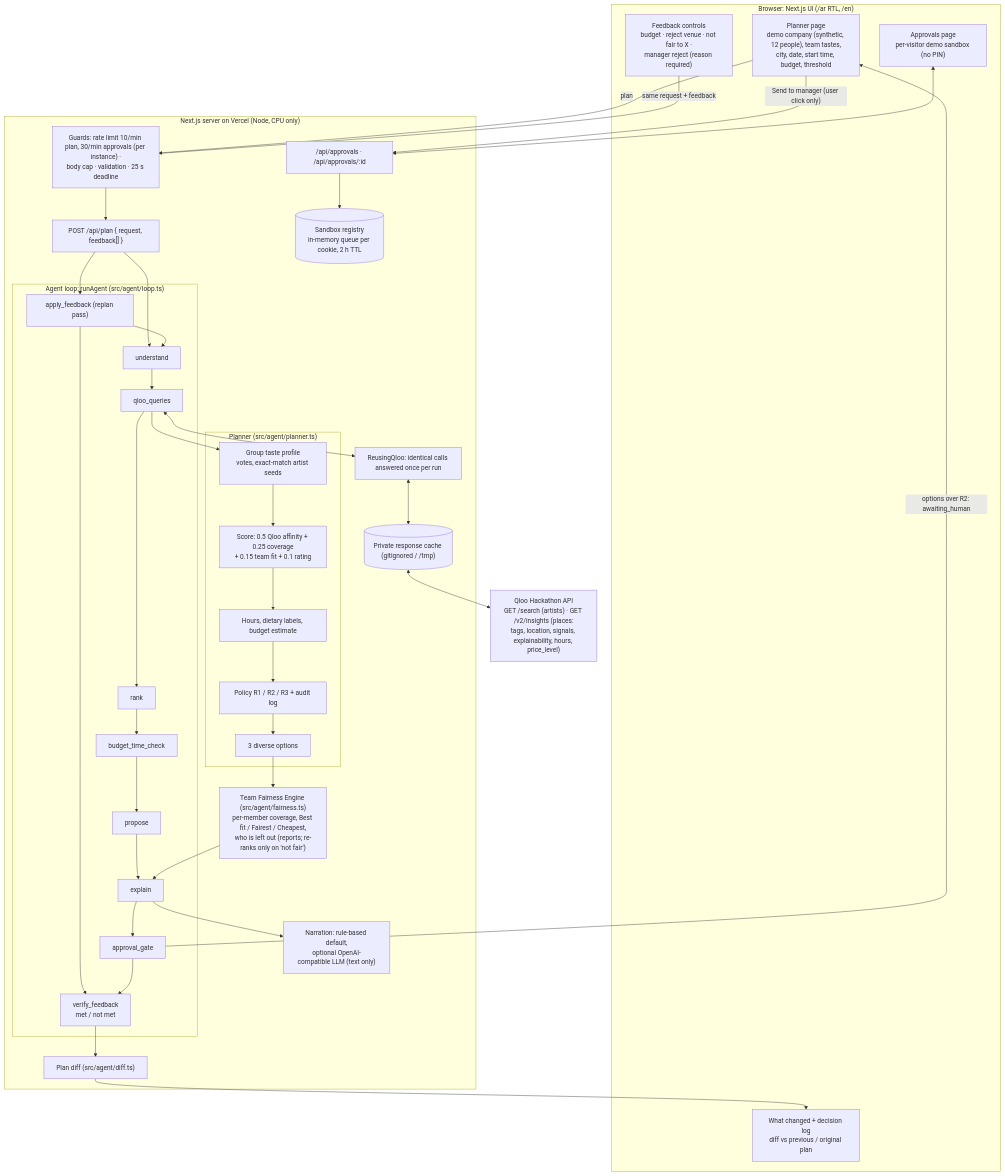
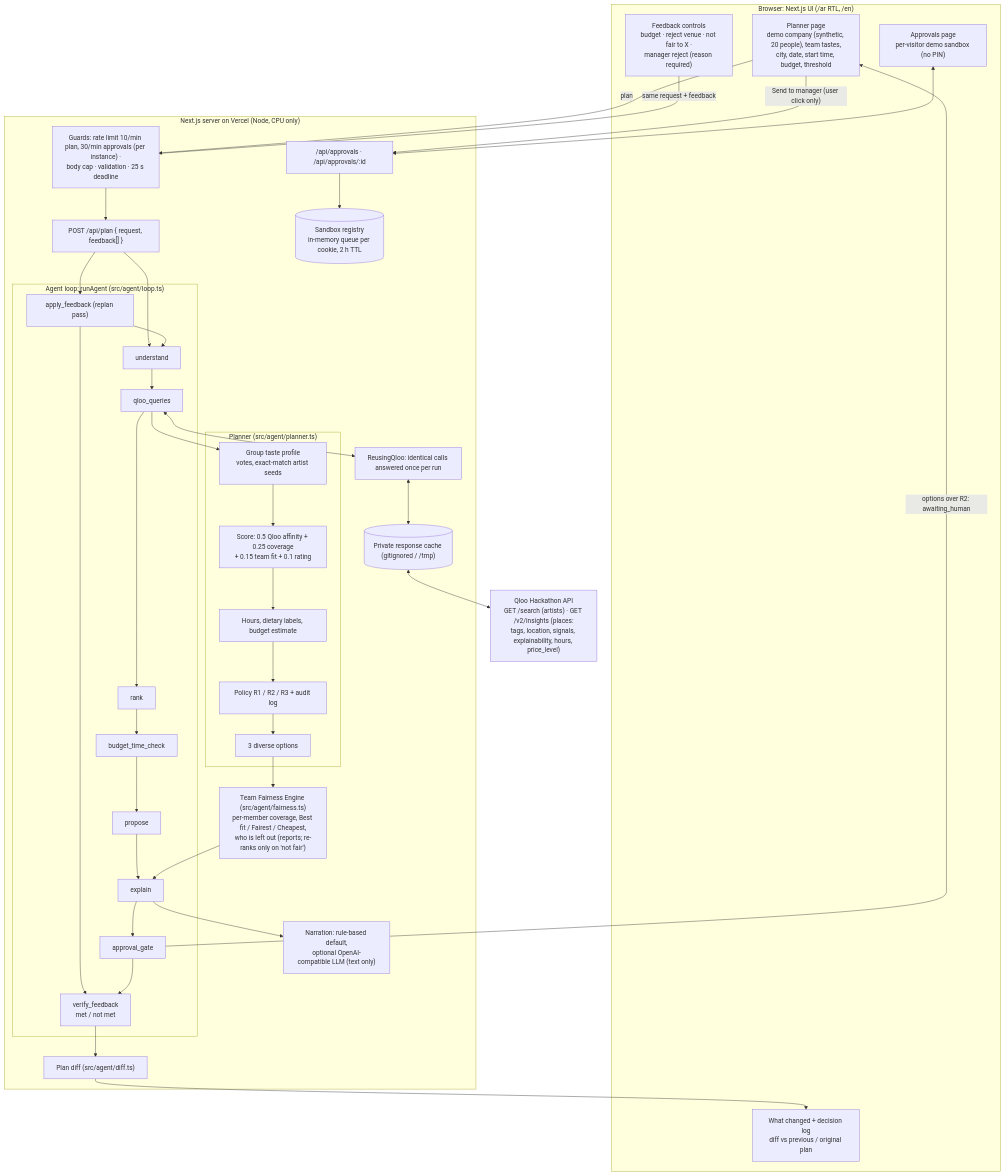
The diagram in docs/submission/architecture.mmd (kazoya/offsite-qloo), drawn with Mermaid before and after one commit. The commit also changed 15 other files, not shown here.

Commit message:
Demo polish: demo company headcount 20 so step 7 has options to approve, translated narration provider label (AR/EN), favicon; docs no longer ask to set headcount manually; tests 149

```diff
--- a/docs/submission/architecture.mmd
+++ b/docs/submission/architecture.mmd
@@ -1,45 +1,45 @@
 flowchart TB
   subgraph Browser["Browser: Next.js UI (/ar RTL, /en)"]
-    P["Planner page<br/>demo company (synthetic, 12 people), team tastes,<br/>city, date, start time, budget, threshold"]
+    P["Planner page<br/>demo company (synthetic, 20 people), team tastes,<br/>city, date, start time, budget, threshold"]
     FB["Feedback controls<br/>budget · reject venue · not fair to X ·<br/>manager reject (reason required)"]
     DV["What changed + decision log<br/>diff vs previous / original plan"]
     A["Approvals page<br/>per-visitor demo sandbox (no PIN)"]
   end
 
   subgraph Server["Next.js server on Vercel (Node, CPU only)"]
     G["Guards: rate limit 10/min plan, 30/min approvals (per instance) ·<br/>body cap · validation · 25 s deadline"]
     API["POST /api/plan { request, feedback[] }"]
     subgraph Loop["Agent loop: runAgent (src/agent/loop.ts)"]
       U["understand"] --> QQ["qloo_queries"] --> RK["rank"] --> BT["budget_time_check"] --> PR["propose"] --> EX["explain"] --> AG["approval_gate"]
       AF["apply_feedback (replan pass)"] --> VF["verify_feedback<br/>met / not met"]
     end
     subgraph Planner["Planner (src/agent/planner.ts)"]
       T["Group taste profile<br/>votes, exact-match artist seeds"]
       R["Score: 0.5 Qloo affinity + 0.25 coverage<br/>+ 0.15 team fit + 0.1 rating"]
       H["Hours, dietary labels, budget estimate"]
       PO["Policy R1 / R2 / R3 + audit log"]
       V["3 diverse options"]
     end
     F["Team Fairness Engine (src/agent/fairness.ts)<br/>per-member coverage, Best fit / Fairest / Cheapest,<br/>who is left out (reports; re-ranks only on 'not fair')"]
     D["Plan diff (src/agent/diff.ts)"]
     N["Narration: rule-based default,<br/>optional OpenAI-compatible LLM (text only)"]
     AP["/api/approvals · /api/approvals/:id"]
     SB[("Sandbox registry<br/>in-memory queue per cookie, 2 h TTL")]
     RU["ReusingQloo: identical calls answered once per run"]
     C[("Private response cache (gitignored / /tmp)")]
   end
 
   Q["Qloo Hackathon API<br/>GET /search (artists) · GET /v2/insights (places:<br/>tags, location, signals, explainability, hours, price_level)"]
 
   P -- "plan" --> G --> API --> U
   FB -- "same request + feedback" --> G
   API --> AF
   AF --> U
   QQ --> T --> R --> H --> PO --> V --> F
   QQ <--> RU <--> C <--> Q
   F --> EX --> N
   AG --> VF
   VF --> D --> DV
   AG -- "options over R2: awaiting_human" --> P
   P -- "Send to manager (user click only)" --> AP --> SB
   A <--> AP
```
